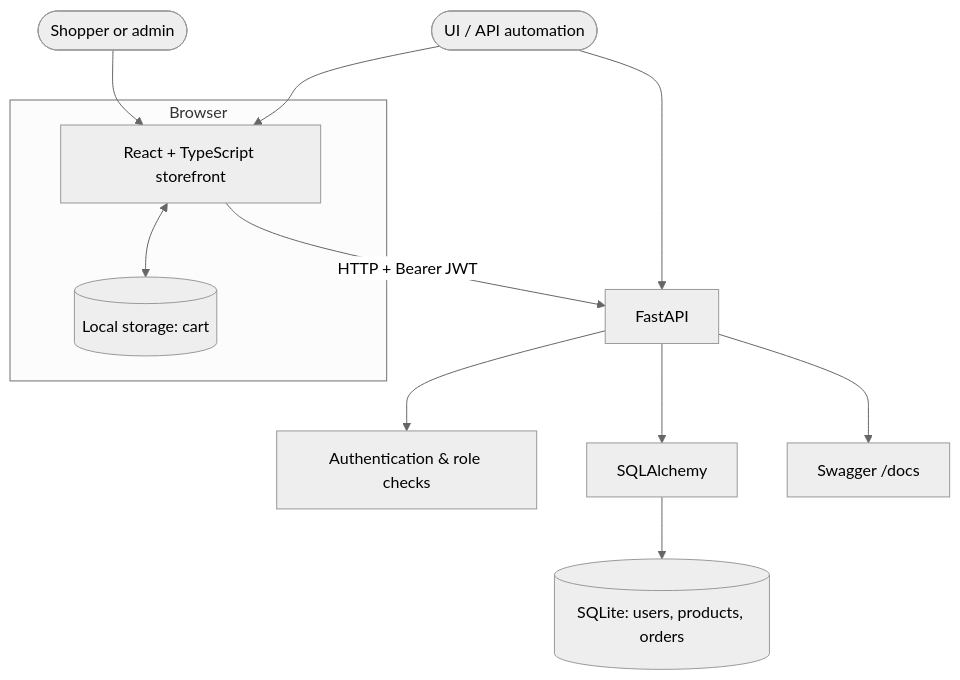
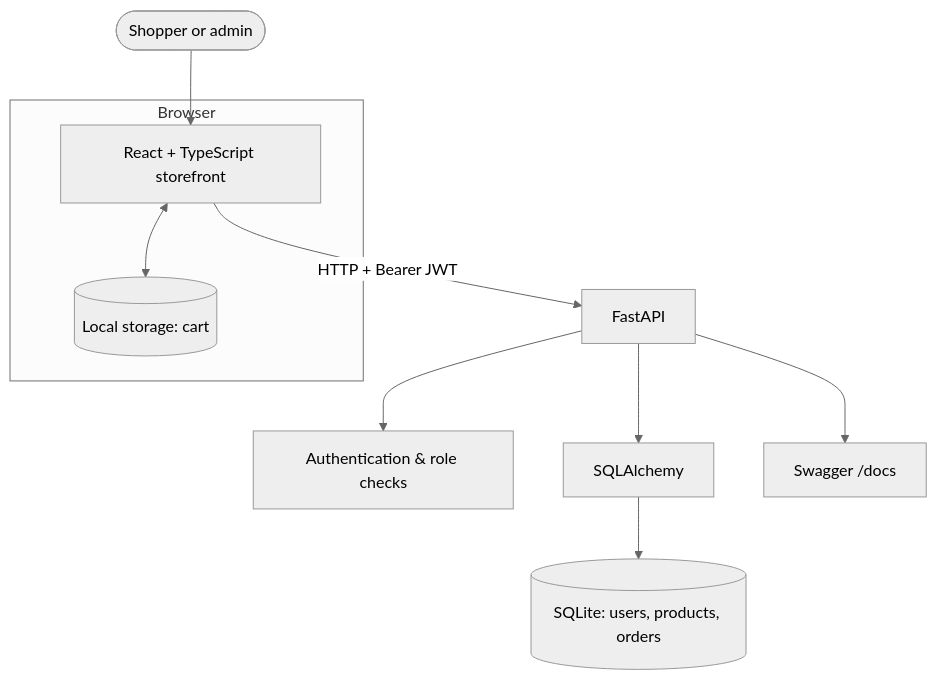
The second of 2 diagrams in README.md (Mallikarjun-Roddannavar/automation-practice-app), drawn with Mermaid (neutral theme) before and after one commit. The commit also changed other lines of this file, not shown here.

Commit message:
remove automation references in readme file

````diff
--- a/README.md
+++ b/README.md
@@ -55,16 +55,14 @@
 ```mermaid
 flowchart TB
     User([Shopper or admin]) --> UI
-    Test([UI / API automation]) --> UI
-    Test --> API
     subgraph Browser
         UI[React + TypeScript storefront]
         Cart[(Local storage: cart)]
         UI <--> Cart
     end
     UI -->|HTTP + Bearer JWT| API[FastAPI]
     API --> Auth[Authentication & role checks]
     API --> ORM[SQLAlchemy]
     ORM --> DB[(SQLite: users, products, orders)]
     API --> Docs[Swagger /docs]
 ```
````
